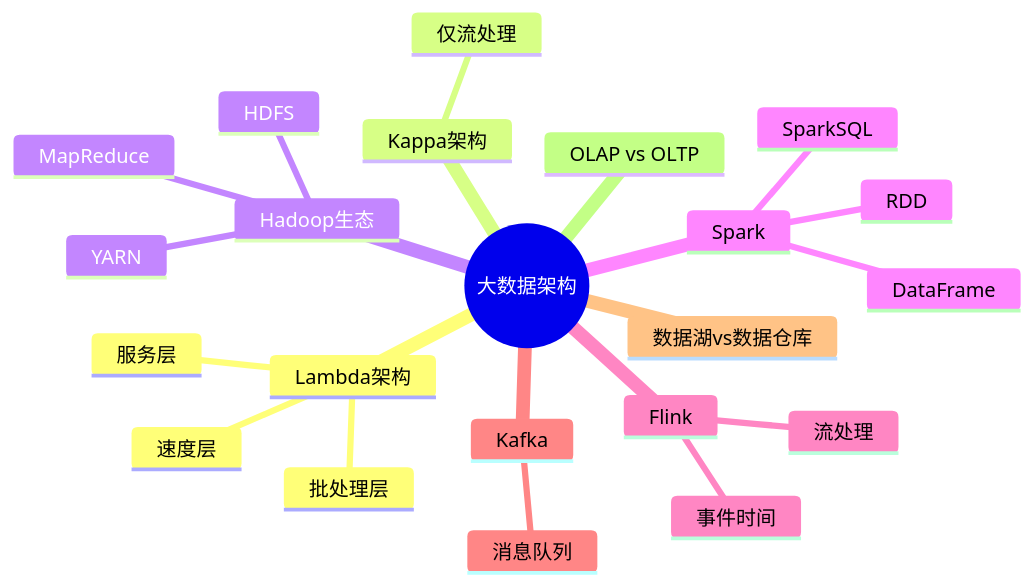
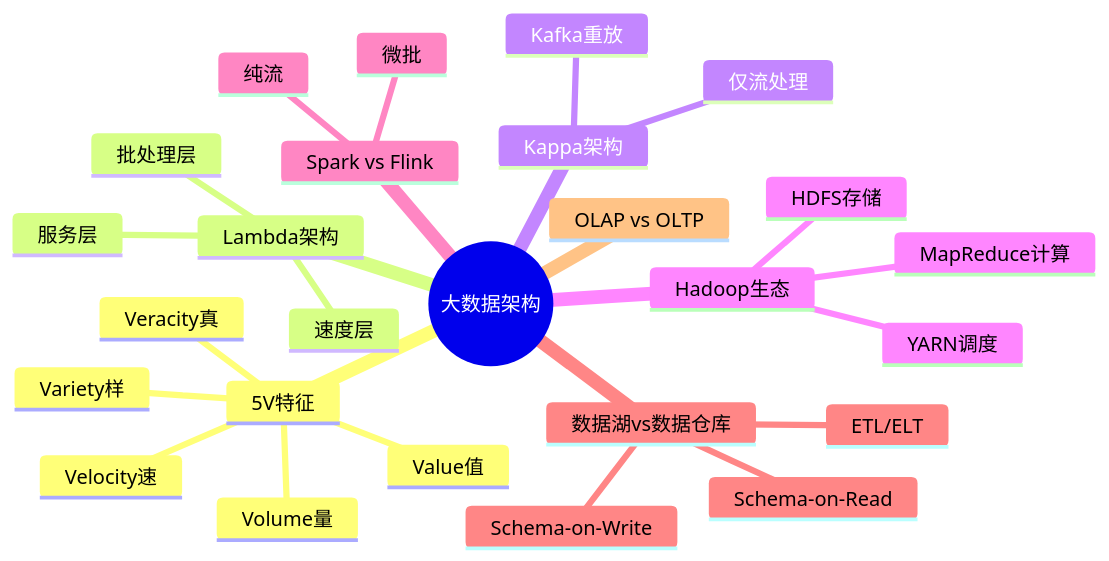
Before and after one commit to wanlinruo/system-architect-exam-prep: the diagram in 02-案例分析/09-大数据架构设计.md, drawn with Mermaid. The commit also changed other lines of this file, not shown here.

````diff
--- a/02-案例分析/09-大数据架构设计.md
+++ b/02-案例分析/09-大数据架构设计.md
@@ -44,25 +54,29 @@
 ```mermaid
 mindmap
   root((大数据架构))
+    5V特征
+      Volume量
+      Velocity速
+      Variety样
+      Veracity真
+      Value值
     Lambda架构
       批处理层
       速度层
       服务层
     Kappa架构
       仅流处理
+      Kafka重放
     Hadoop生态
-      HDFS
-      MapReduce
-      YARN
-    Spark
-      RDD
-      DataFrame
-      SparkSQL
-    Flink
-      流处理
-      事件时间
-    Kafka
-      消息队列
+      HDFS存储
+      MapReduce计算
+      YARN调度
+    Spark vs Flink
+      微批
+      纯流
     数据湖vs数据仓库
+      Schema-on-Read
+      Schema-on-Write
+      ETL/ELT
     OLAP vs OLTP
 ```
````
